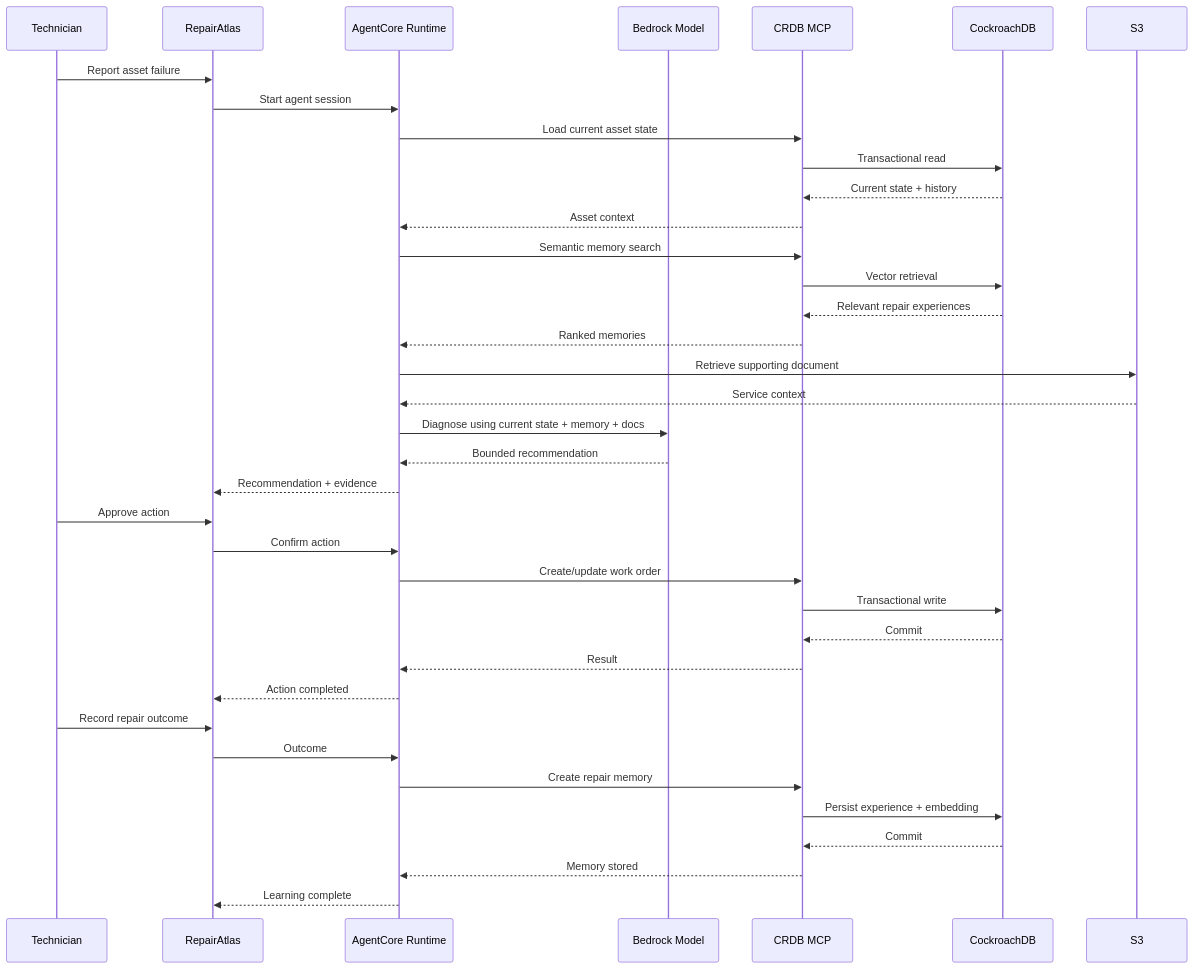
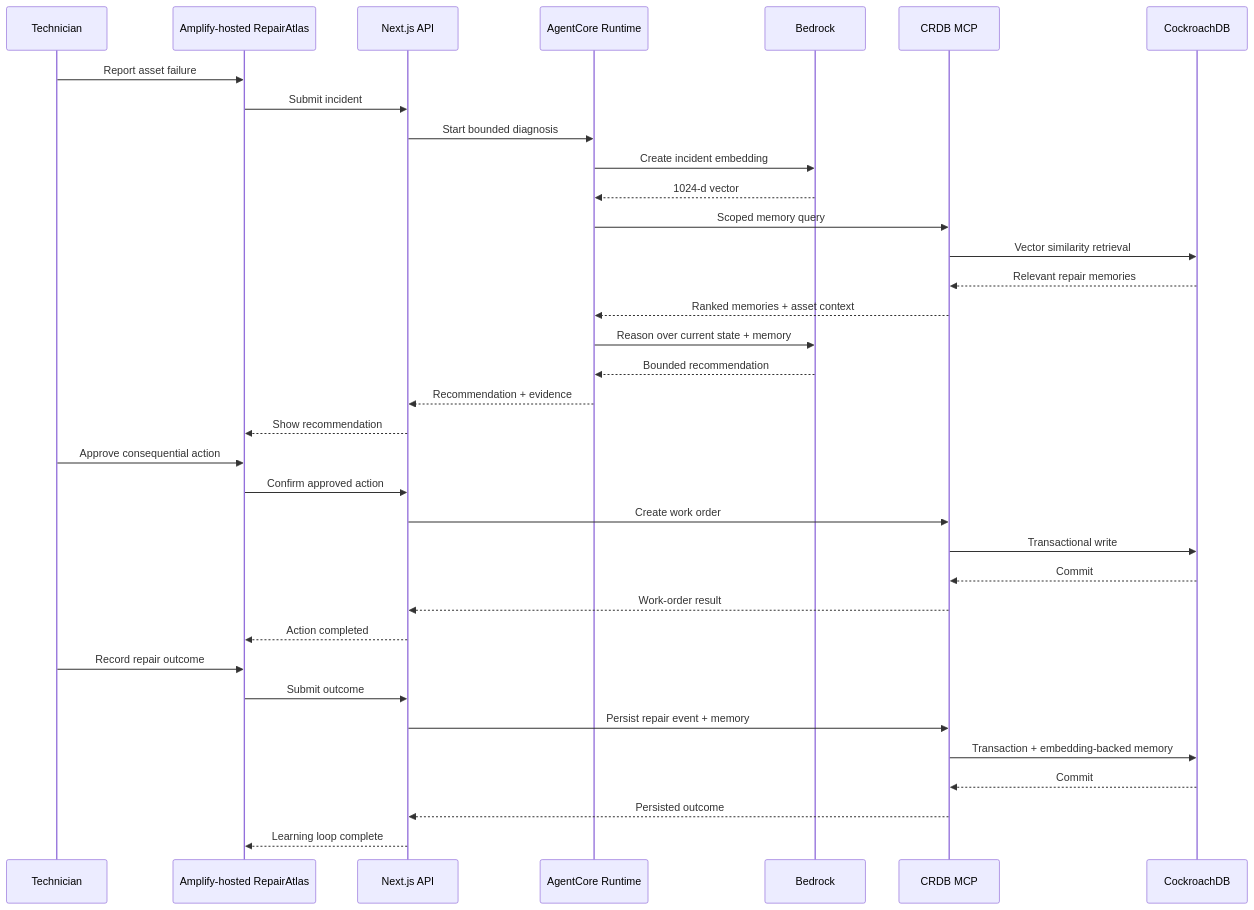
Before and after one commit to pawansatoshi/repair-atlas: the third of 5 diagrams in docs/architecture.md, drawn with Mermaid. The commit also changed other lines of this file, not shown here.

Commit message:
docs: update final AWS and CockroachDB architecture path

````diff
--- a/docs/architecture.md
+++ b/docs/architecture.md
@@ -47,40 +93,38 @@
 ```mermaid
 sequenceDiagram
     participant T as Technician
-    participant UI as RepairAtlas
+    participant UI as Amplify-hosted RepairAtlas
+    participant API as Next.js API
     participant A as AgentCore Runtime
-    participant L as Bedrock Model
+    participant L as Bedrock
     participant M as CRDB MCP
     participant DB as CockroachDB
-    participant S as S3
 
     T->>UI: Report asset failure
-    UI->>A: Start agent session
-    A->>M: Load current asset state
-    M->>DB: Transactional read
-    DB-->>M: Current state + history
-    M-->>A: Asset context
-    A->>M: Semantic memory search
-    M->>DB: Vector retrieval
-    DB-->>M: Relevant repair experiences
-    M-->>A: Ranked memories
-    A->>S: Retrieve supporting document
-    S-->>A: Service context
-    A->>L: Diagnose using current state + memory + docs
+    UI->>API: Submit incident
+    API->>A: Start bounded diagnosis
+    A->>L: Create incident embedding
+    L-->>A: 1024-d vector
+    A->>M: Scoped memory query
+    M->>DB: Vector similarity retrieval
+    DB-->>M: Relevant repair memories
+    M-->>A: Ranked memories + asset context
+    A->>L: Reason over current state + memory
     L-->>A: Bounded recommendation
-    A-->>UI: Recommendation + evidence
-    T->>UI: Approve action
-    UI->>A: Confirm action
-    A->>M: Create/update work order
+    A-->>API: Recommendation + evidence
+    API-->>UI: Show recommendation
+    T->>UI: Approve consequential action
+    UI->>API: Confirm approved action
+    API->>M: Create work order
     M->>DB: Transactional write
     DB-->>M: Commit
-    M-->>A: Result
-    A-->>UI: Action completed
+    M-->>API: Work-order result
+    API-->>UI: Action completed
     T->>UI: Record repair outcome
-    UI->>A: Outcome
-    A->>M: Create repair memory
-    M->>DB: Persist experience + embedding
+    UI->>API: Submit outcome
+    API->>M: Persist repair event + memory
+    M->>DB: Transaction + embedding-backed memory
     DB-->>M: Commit
-    M-->>A: Memory stored
-    A-->>UI: Learning complete
+    M-->>API: Persisted outcome
+    API-->>UI: Learning loop complete
 ```
````
